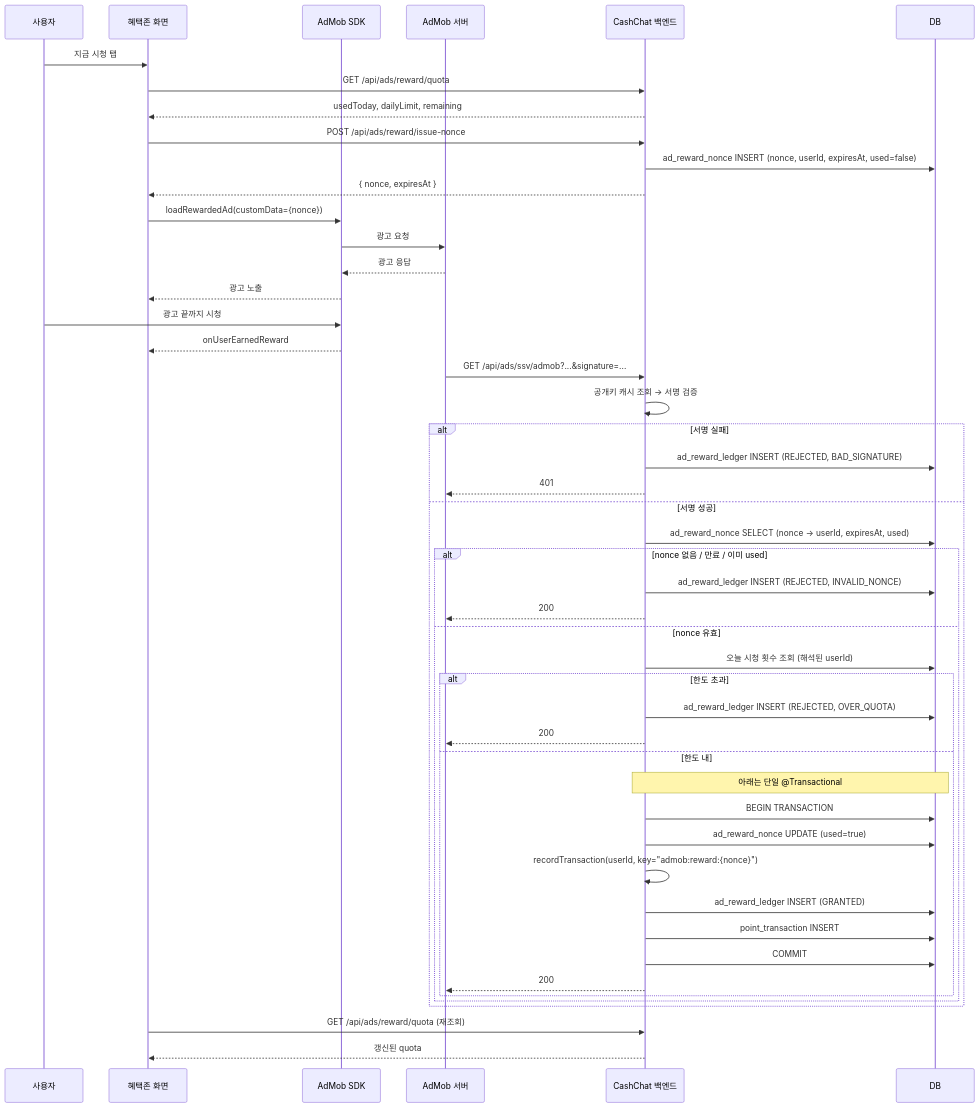
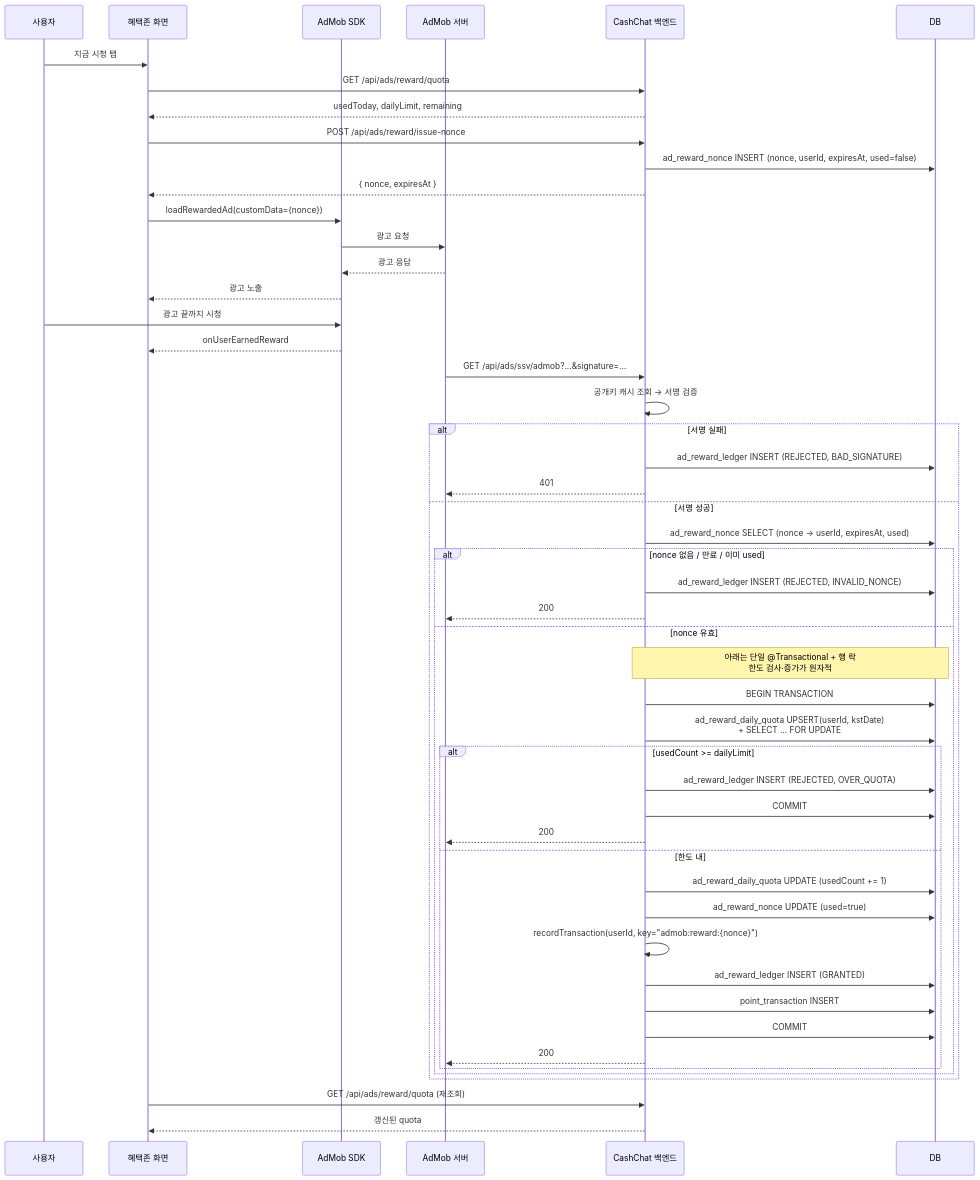
Before and after one commit to cash-chat-mvp/cash-chat-mvp: the second of 2 diagrams in docs/features/reward/spec.md, drawn with Mermaid. The commit also changed other lines of this file and 1 other file, not shown here.

First line of the commit message:
docs(reward): apply PR #148 review fixes (round 2)

````diff
--- a/docs/features/reward/spec.md
+++ b/docs/features/reward/spec.md
@@ -217,51 +219,53 @@
 ```mermaid
 sequenceDiagram
     participant User as 사용자
     participant FE as 혜택존 화면
     participant SDK as AdMob SDK
     participant AdMob as AdMob 서버
     participant API as CashChat 백엔드
     participant DB as DB
 
     User->>FE: 지금 시청 탭
     FE->>API: GET /api/ads/reward/quota
     API-->>FE: usedToday, dailyLimit, remaining
     FE->>API: POST /api/ads/reward/issue-nonce
     API->>DB: ad_reward_nonce INSERT (nonce, userId, expiresAt, used=false)
     API-->>FE: { nonce, expiresAt }
     FE->>SDK: loadRewardedAd(customData={nonce})
     SDK->>AdMob: 광고 요청
     AdMob-->>SDK: 광고 응답
     SDK-->>FE: 광고 노출
     User->>SDK: 광고 끝까지 시청
     SDK-->>FE: onUserEarnedReward
     AdMob->>API: GET /api/ads/ssv/admob?...&signature=...
     API->>API: 공개키 캐시 조회 → 서명 검증
     alt 서명 실패
         API->>DB: ad_reward_ledger INSERT (REJECTED, BAD_SIGNATURE)
         API-->>AdMob: 401
     else 서명 성공
         API->>DB: ad_reward_nonce SELECT (nonce → userId, expiresAt, used)
         alt nonce 없음 / 만료 / 이미 used
             API->>DB: ad_reward_ledger INSERT (REJECTED, INVALID_NONCE)
             API-->>AdMob: 200
         else nonce 유효
-            API->>DB: 오늘 시청 횟수 조회 (해석된 userId)
-            alt 한도 초과
+            Note over API,DB: 아래는 단일 @Transactional + 행 락<br/>한도 검사·증가가 원자적
+            API->>DB: BEGIN TRANSACTION
+            API->>DB: ad_reward_daily_quota UPSERT(userId, kstDate)<br/>+ SELECT ... FOR UPDATE
+            alt usedCount >= dailyLimit
                 API->>DB: ad_reward_ledger INSERT (REJECTED, OVER_QUOTA)
+                API->>DB: COMMIT
                 API-->>AdMob: 200
             else 한도 내
-                Note over API,DB: 아래는 단일 @Transactional
-                API->>DB: BEGIN TRANSACTION
+                API->>DB: ad_reward_daily_quota UPDATE (usedCount += 1)
                 API->>DB: ad_reward_nonce UPDATE (used=true)
                 API->>API: recordTransaction(userId, key="admob:reward:{nonce}")
                 API->>DB: ad_reward_ledger INSERT (GRANTED)
                 API->>DB: point_transaction INSERT
                 API->>DB: COMMIT
                 API-->>AdMob: 200
             end
         end
     end
     FE->>API: GET /api/ads/reward/quota (재조회)
     API-->>FE: 갱신된 quota
 ```
````
